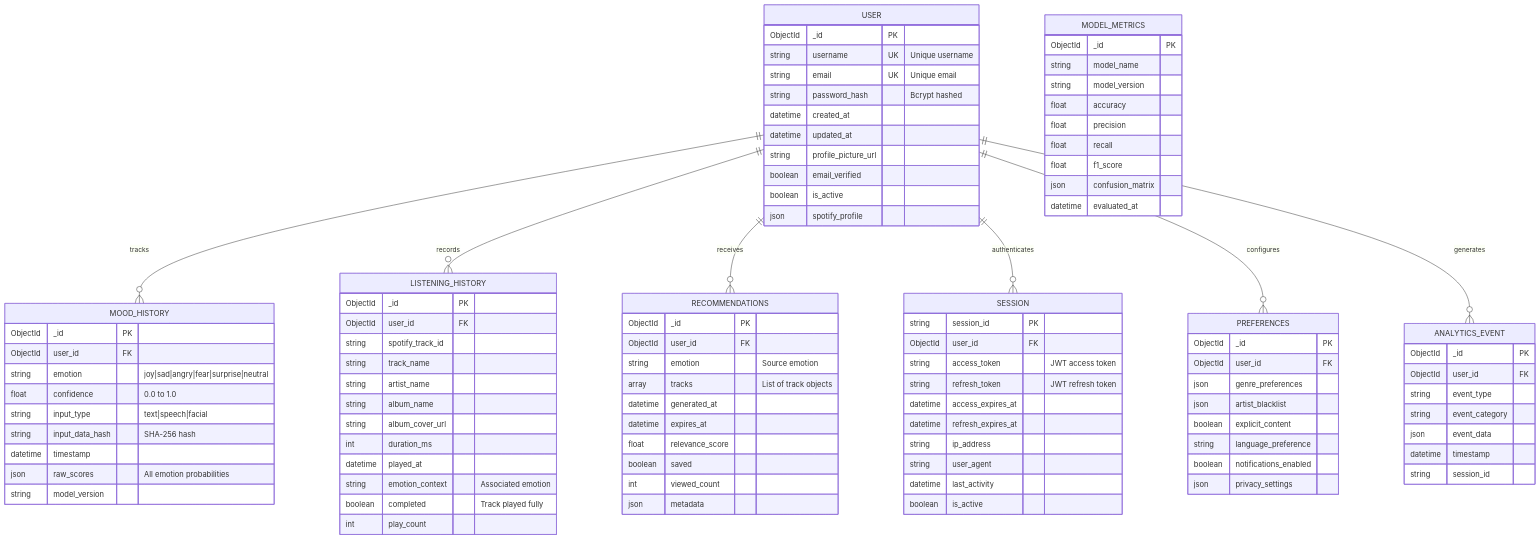
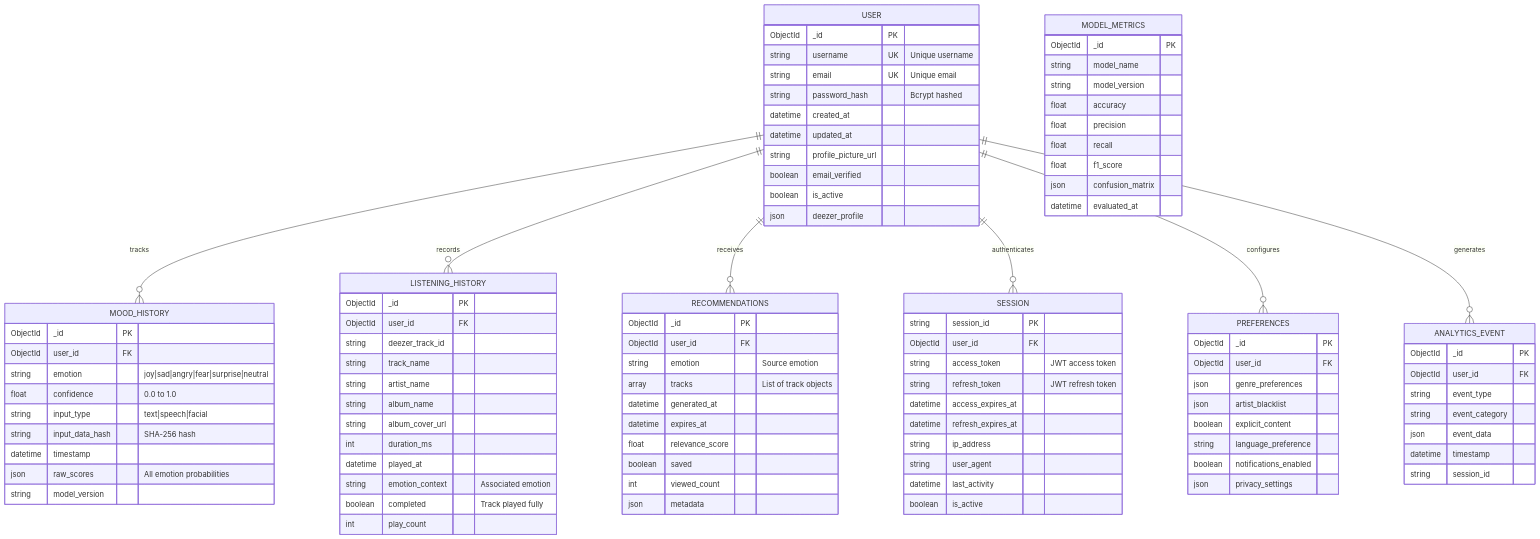
Before and after one commit to hoangsonww/Moodify-Emotion-Music-App: the sixth of 17 diagrams in ARCHITECTURE.md, drawn with Mermaid. The commit also changed other lines of this file and 4 other files, not shown here.

```diff
--- a/ARCHITECTURE.md
+++ b/ARCHITECTURE.md
@@ -436,7 +436,7 @@
         string profile_picture_url
         boolean email_verified
         boolean is_active
-        json spotify_profile
+        json deezer_profile
     }
 
     MOOD_HISTORY {
@@ -454,7 +454,7 @@
     LISTENING_HISTORY {
         ObjectId _id PK
         ObjectId user_id FK
-        string spotify_track_id
+        string deezer_track_id
         string track_name
         string artist_name
         string album_name
```
